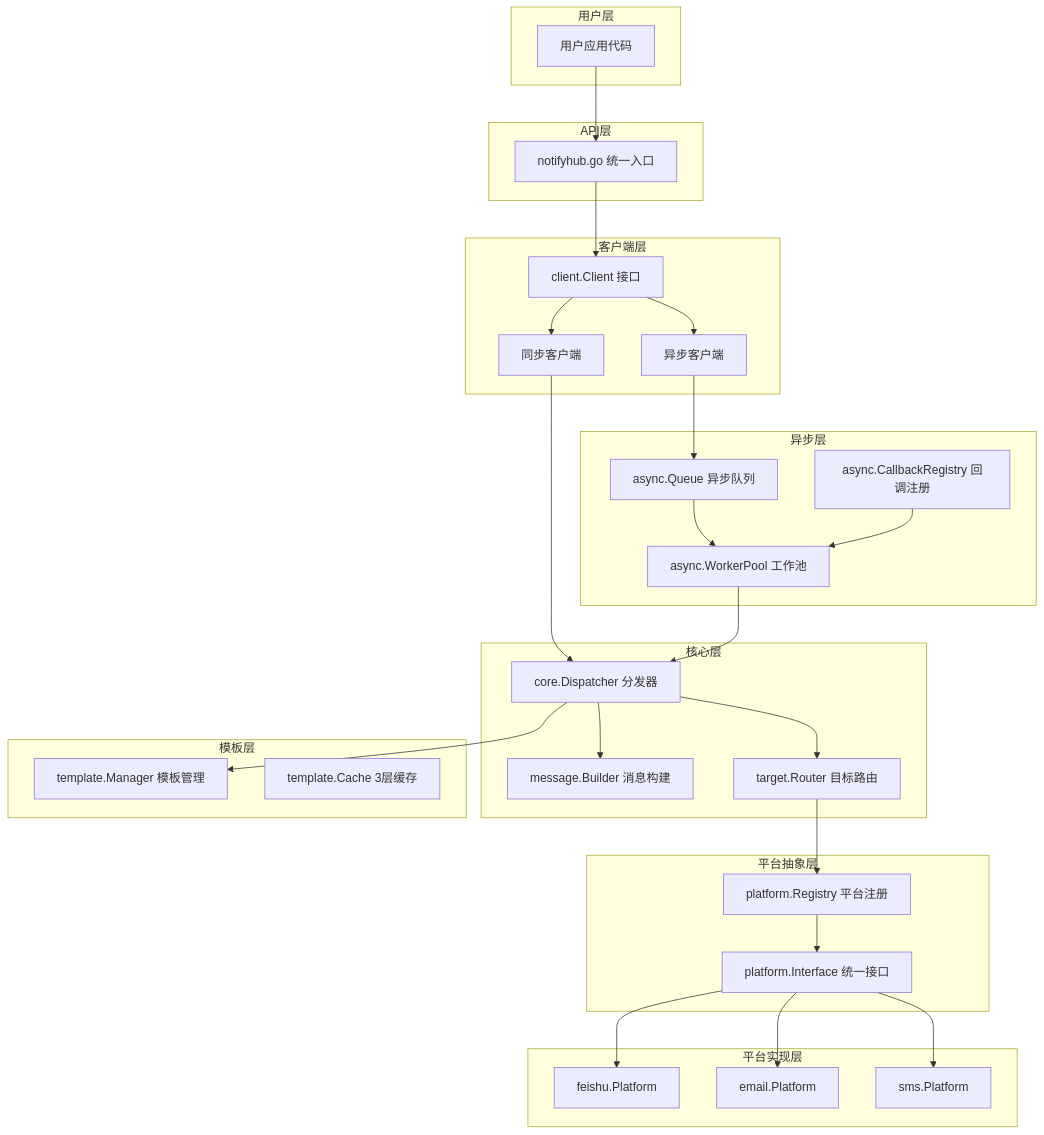
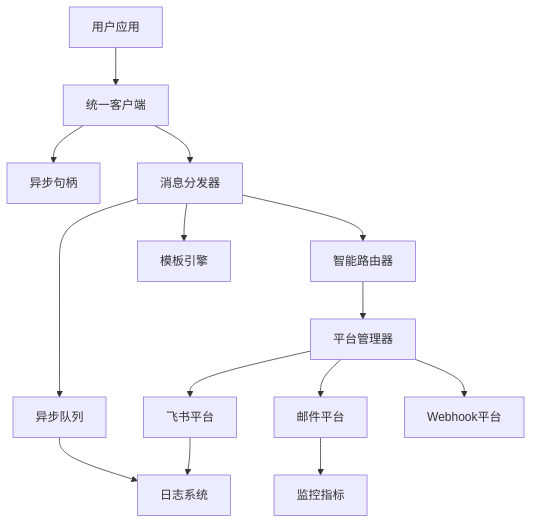
One commit to kart-io/notifyhub changed the diagram in .kiro/specs/notifyhub-architecture-refactor/design.md. Above: the diagram before and after it, drawn with Mermaid. The commit also changed other lines of this file and 148 other files, not shown here.

First line of the commit message:
chore(dependencies): update Go module dependencies and enhance architecture documentation

````diff
--- a/.kiro/specs/notifyhub-architecture-refactor/design.md
+++ b/.kiro/specs/notifyhub-architecture-refactor/design.md
@@ -13,62 +97,42 @@
 ```mermaid
 graph TB
-    subgraph "用户层"
-        A[用户应用代码]
-    end
+    %% 用户层
+    User[用户应用]
 
-    subgraph "API层"
-        B[notifyhub.go 统一入口]
-    end
+    %% 客户端层
+    Client[统一客户端]
+    AsyncHandle[异步句柄]
 
-    subgraph "客户端层"
-        C[client.Client 接口]
-        D[同步客户端]
-        E[异步客户端]
-    end
+    %% 核心层
+    Dispatcher[消息分发器]
+    Router[智能路由器]
+    Queue[异步队列]
 
-    subgraph "核心层"
-        F[core.Dispatcher 分发器]
-        G[message.Builder 消息构建]
-        H[target.Router 目标路由]
-    end
+    %% 平台层
+    PlatformManager[平台管理器]
+    FeishuPlatform[飞书平台]
+    EmailPlatform[邮件平台]
+    WebhookPlatform[Webhook平台]
 
-    subgraph "模板层"
-        I[template.Manager 模板管理]
-        J[template.Cache 3层缓存]
-    end
+    %% 基础设施层
+    Template[模板引擎]
+    Logger[日志系统]
+    Metrics[监控指标]
 
-    subgraph "异步层"
-        K[async.Queue 异步队列]
-        L[async.WorkerPool 工作池]
-        M[async.CallbackRegistry 回调注册]
-    end
+    %% 流程连接
+    User --> Client
+    Client --> Dispatcher
+    Client --> AsyncHandle
+    Dispatcher --> Router
+    Dispatcher --> Queue
+    Router --> PlatformManager
+    PlatformManager --> FeishuPlatform
+    PlatformManager --> EmailPlatform
+    PlatformManager --> WebhookPlatform
 
-    subgraph "平台抽象层"
-        N[platform.Registry 平台注册]
-        O[platform.Interface 统一接口]
-    end
-
-    subgraph "平台实现层"
-        P[feishu.Platform]
-        Q[email.Platform]
-        R[sms.Platform]
-    end
-
-    A --> B
-    B --> C
-    C --> D
-    C --> E
-    D --> F
-    E --> K
-    K --> L
-    F --> G
-    F --> H
-    F --> I
-    H --> N
-    N --> O
-    O --> P
-    O --> Q
-    O --> R
-    L --> F
-    M --> L
+    %% 基础设施连接
+    Dispatcher --> Template
+    FeishuPlatform --> Logger
+    EmailPlatform --> Metrics
+    Queue --> Logger
 ```
````
